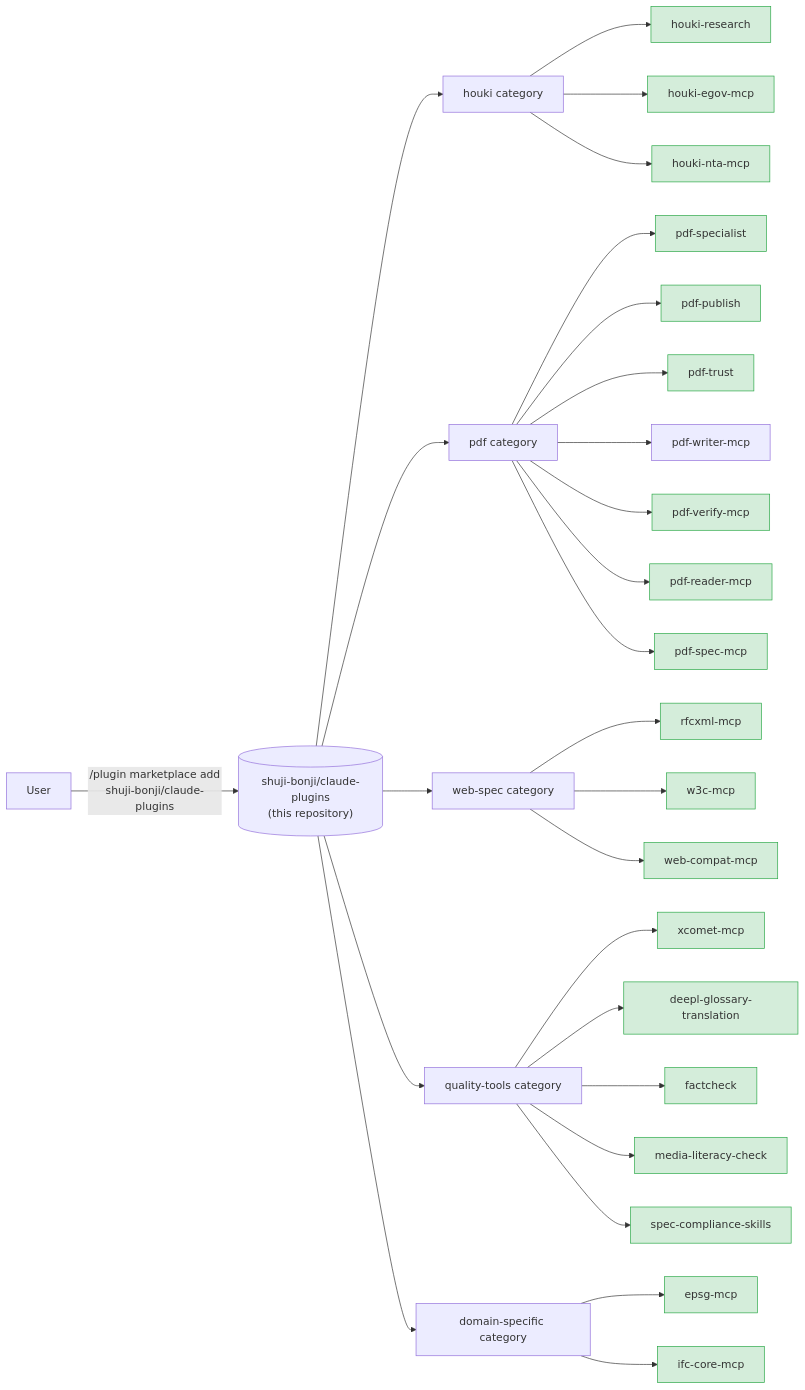
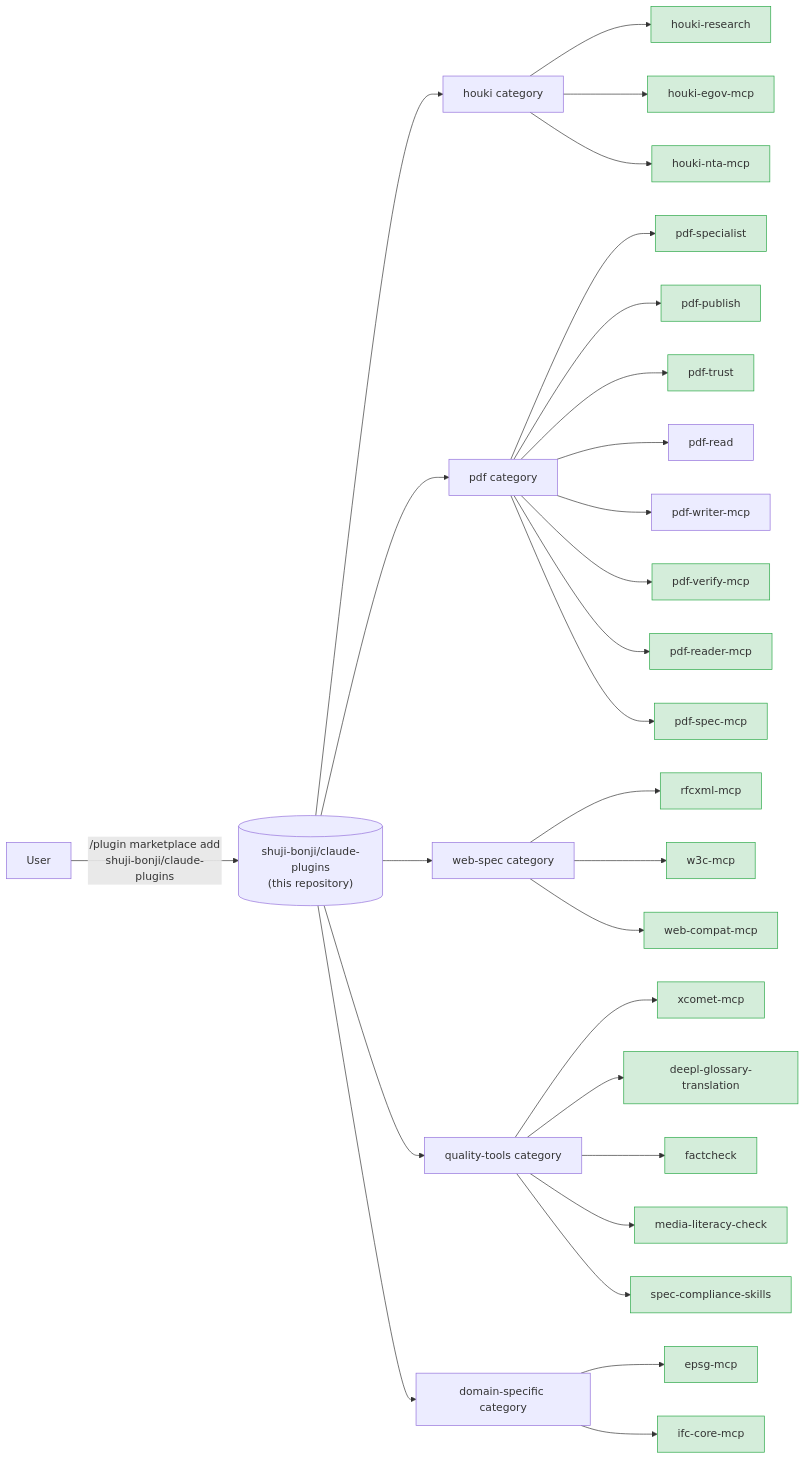
Before and after one commit to shuji-bonji/claude-plugins: the diagram in README.md, drawn with Mermaid. The commit also changed other lines of this file and 2 other files, not shown here.

First line of the commit message:
feat: pdf-read Skill を追加・pdf-reader-mcp 0.12.0 / pdf-specialist 0.7.0 に追随 (marketplace 0.3.0)

````diff
--- a/README.md
+++ b/README.md
@@ -13,38 +13,39 @@
 ```mermaid
 graph LR
   user["User"] -->|"/plugin marketplace add<br/>shuji-bonji/claude-plugins"| mp[("shuji-bonji/claude-plugins<br/>(this repository)")]
 
   mp --> houki[houki category]
   mp --> pdf[pdf category]
   mp --> webspec[web-spec category]
   mp --> quality[quality-tools category]
   mp --> domain[domain-specific category]
 
   houki --> hr["houki-research"]
   houki --> hegov["houki-egov-mcp"]
   houki --> hnta["houki-nta-mcp"]
 
   pdf --> pspecial["pdf-specialist"]
   pdf --> ppub["pdf-publish"]
   pdf --> ptrust["pdf-trust"]
+  pdf --> pread["pdf-read"]
   pdf --> pwriter["pdf-writer-mcp"]
   pdf --> pverify["pdf-verify-mcp"]
   pdf --> hpdf["pdf-reader-mcp"]
   pdf --> pspec["pdf-spec-mcp"]
 
   webspec --> rfcxml["rfcxml-mcp"]
   webspec --> w3c["w3c-mcp"]
   webspec --> webcompat["web-compat-mcp"]
 
   quality --> xcomet["xcomet-mcp"]
   quality --> deepl["deepl-glossary-translation"]
   quality --> fact["factcheck"]
   quality --> media["media-literacy-check"]
   quality --> speccomp["spec-compliance-skills"]
 
   domain --> epsg["epsg-mcp"]
   domain --> ifc["ifc-core-mcp"]
 
   classDef live fill:#d4edda,stroke:#28a745
   class hr,hegov,hnta,pspecial,ppub,ptrust,pverify,hpdf,pspec,rfcxml,w3c,webcompat,xcomet,deepl,fact,media,speccomp,epsg,ifc live
 ```
````
